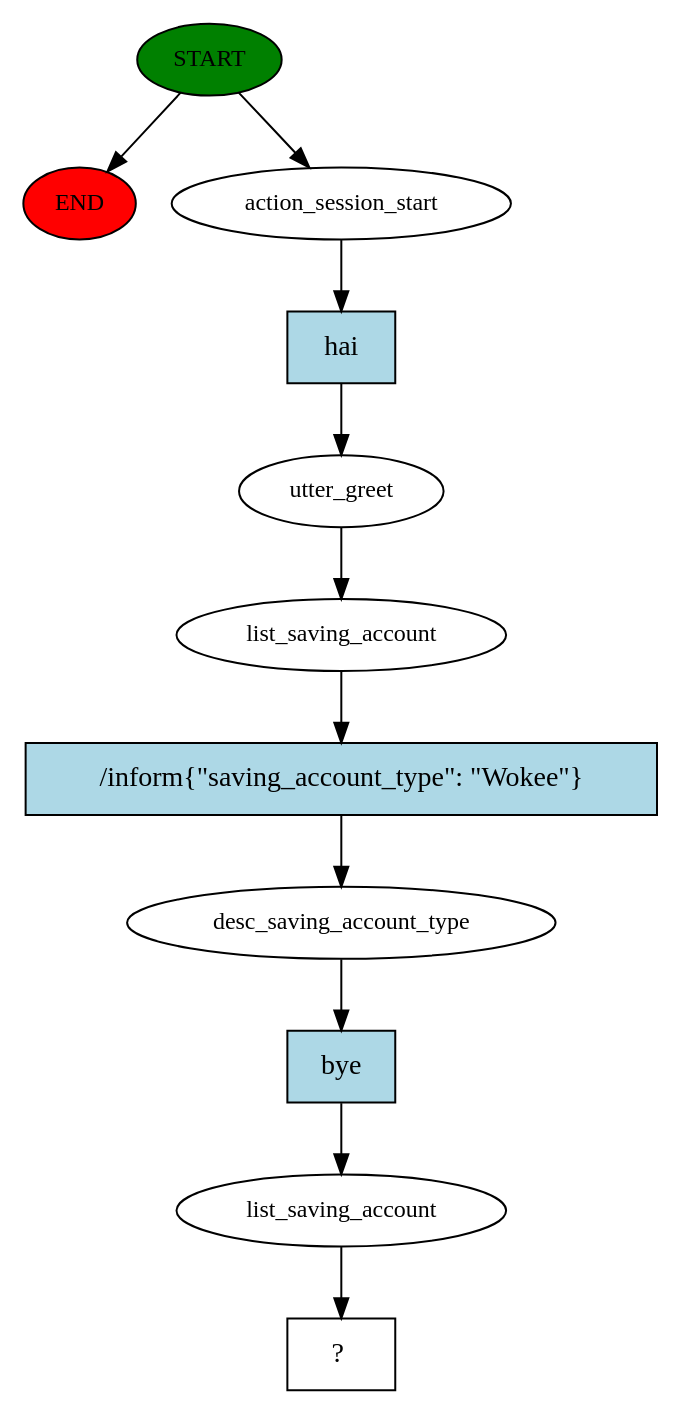
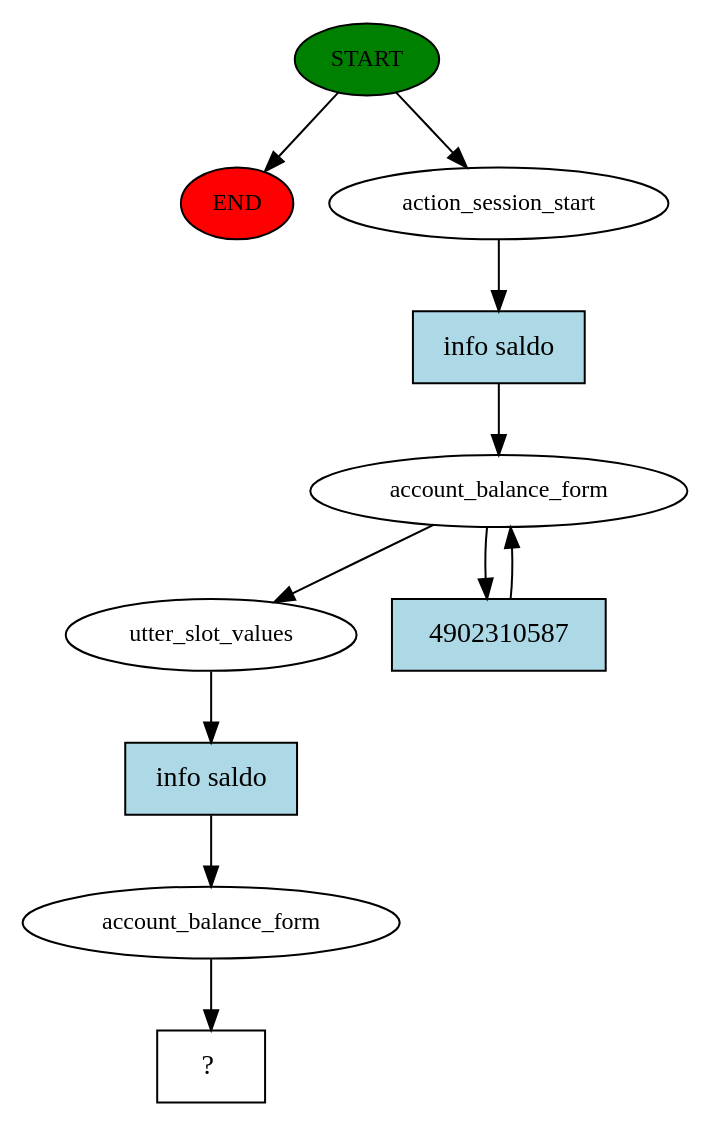
The diagram in story_graph.dot (yaoshima/simple_bukopin_chatbot), drawn with Graphviz before and after one commit. The commit also changed 7 other files, not shown here.

Commit message:
add account balance form

```diff
--- a/story_graph.dot
+++ b/story_graph.dot
@@ -1,23 +1,22 @@
 digraph  {
 0 [class="start active", fillcolor=green, fontsize=12, label=START, style=filled];
 "-1" [class=end, fillcolor=red, fontsize=12, label=END, style=filled];
 1 [class=active, fontsize=12, label=action_session_start];
-2 [class=active, fontsize=12, label=utter_greet];
-3 [class=active, fontsize=12, label=list_saving_account];
-4 [class=active, fontsize=12, label=desc_saving_account_type];
-5 [class=active, fontsize=12, label=list_saving_account];
+2 [class=active, fontsize=12, label=account_balance_form];
+4 [class=active, fontsize=12, label=utter_slot_values];
+5 [class=active, fontsize=12, label=account_balance_form];
 6 [class="intent dashed active", label="  ?  ", shape=rect];
-7 [class="intent active", fillcolor=lightblue, label=hai, shape=rect, style=filled];
-8 [class="intent active", fillcolor=lightblue, label="/inform{\"saving_account_type\": \"Wokee\"}", shape=rect, style=filled];
-9 [class="intent active", fillcolor=lightblue, label=bye, shape=rect, style=filled];
+7 [class="intent active", fillcolor=lightblue, label="info saldo", shape=rect, style=filled];
+8 [class="intent active", fillcolor=lightblue, label=4902310587, shape=rect, style=filled];
+9 [class="intent active", fillcolor=lightblue, label="info saldo", shape=rect, style=filled];
 0 -> "-1"  [class="", key=NONE, label=""];
 0 -> 1  [class=active, key=NONE, label=""];
 1 -> 7  [class=active, key=0];
-2 -> 3  [class=active, key=NONE, label=""];
-3 -> 8  [class=active, key=0];
+2 -> 4  [class=active, key=NONE, label=""];
+2 -> 8  [class=active, key=0];
 4 -> 9  [class=active, key=0];
 5 -> 6  [class=active, key=NONE, label=""];
 7 -> 2  [class=active, key=0];
-8 -> 4  [class=active, key=0];
+8 -> 2  [class=active, key=0];
 9 -> 5  [class=active, key=0];
 }
```
